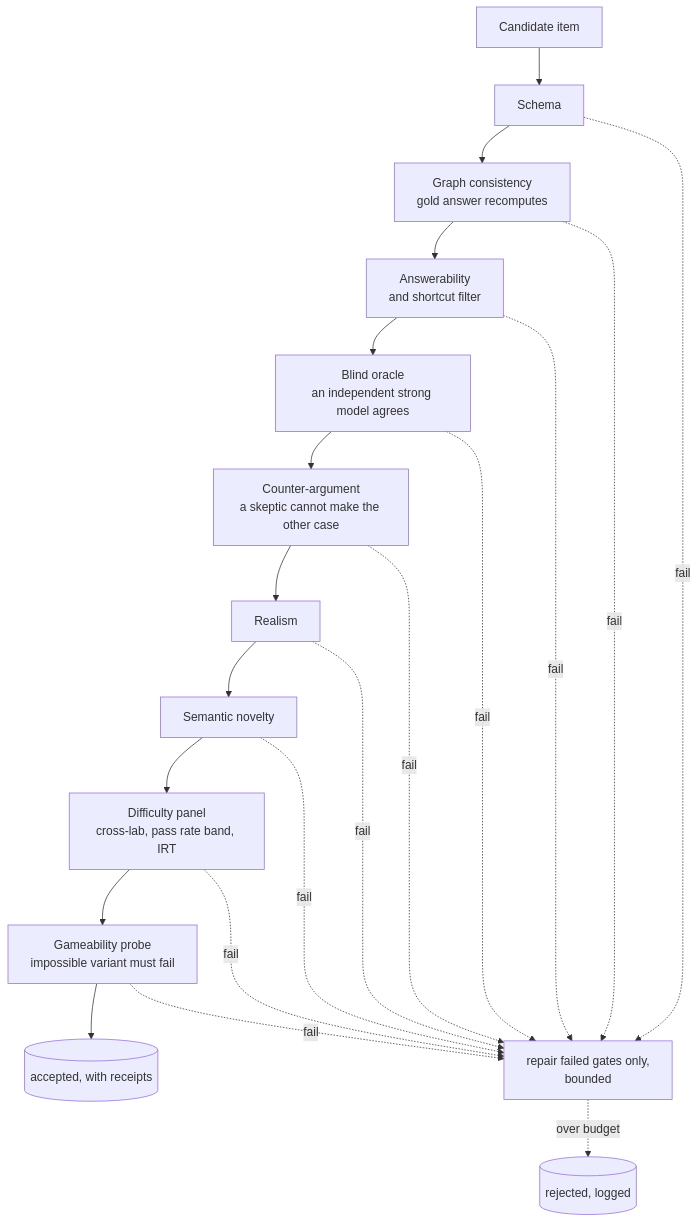
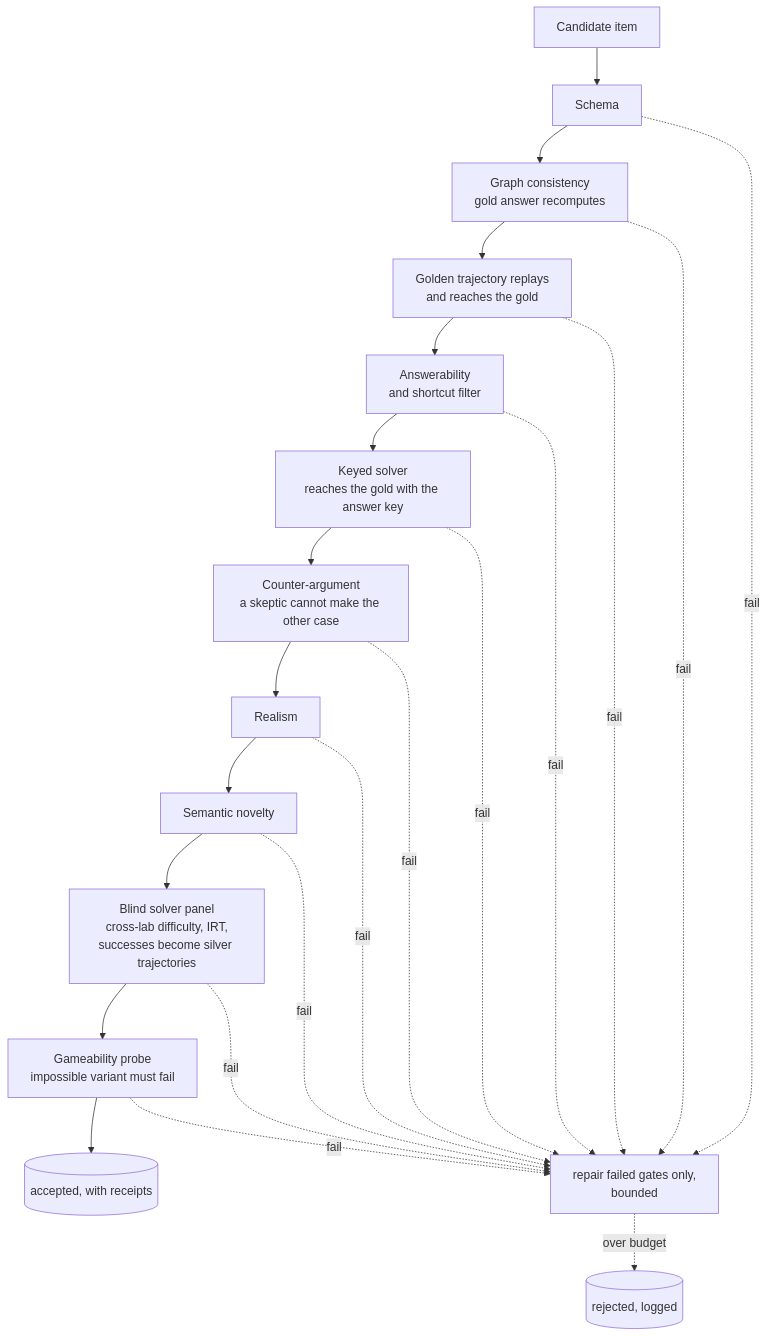
The seventh of 15 diagrams in README.md (nbdesai1992/orbifex), drawn with Mermaid before and after one commit. The commit also changed other lines of this file and 2 other files, not shown here.

````diff
--- a/README.md
+++ b/README.md
@@ -242,14 +261,15 @@
 ```mermaid
 flowchart TD
   I["Candidate item"] --> G1["Schema"]
   G1 --> G2["Graph consistency<br/>gold answer recomputes"]
-  G2 --> G3["Answerability<br/>and shortcut filter"]
-  G3 --> G4["Blind oracle<br/>an independent strong model agrees"]
+  G2 --> G2b["Golden trajectory replays<br/>and reaches the gold"]
+  G2b --> G3["Answerability<br/>and shortcut filter"]
+  G3 --> G4["Keyed solver<br/>reaches the gold with the answer key"]
   G4 --> G5["Counter-argument<br/>a skeptic cannot make the other case"]
   G5 --> G6["Realism"]
   G6 --> G7["Semantic novelty"]
-  G7 --> G8["Difficulty panel<br/>cross-lab, pass rate band, IRT"]
+  G7 --> G8["Blind solver panel<br/>cross-lab difficulty, IRT,<br/>successes become silver trajectories"]
   G8 --> G9["Gameability probe<br/>impossible variant must fail"]
   G9 --> OK[("accepted, with receipts")]
-  G1 & G2 & G3 & G4 & G5 & G6 & G7 & G8 & G9 -. fail .-> RP["repair failed gates only,<br/>bounded"] -. "over budget" .-> RJ[("rejected, logged")]
+  G1 & G2 & G2b & G3 & G4 & G5 & G6 & G7 & G8 & G9 -. fail .-> RP["repair failed gates only,<br/>bounded"] -. "over budget" .-> RJ[("rejected, logged")]
 ```
````
